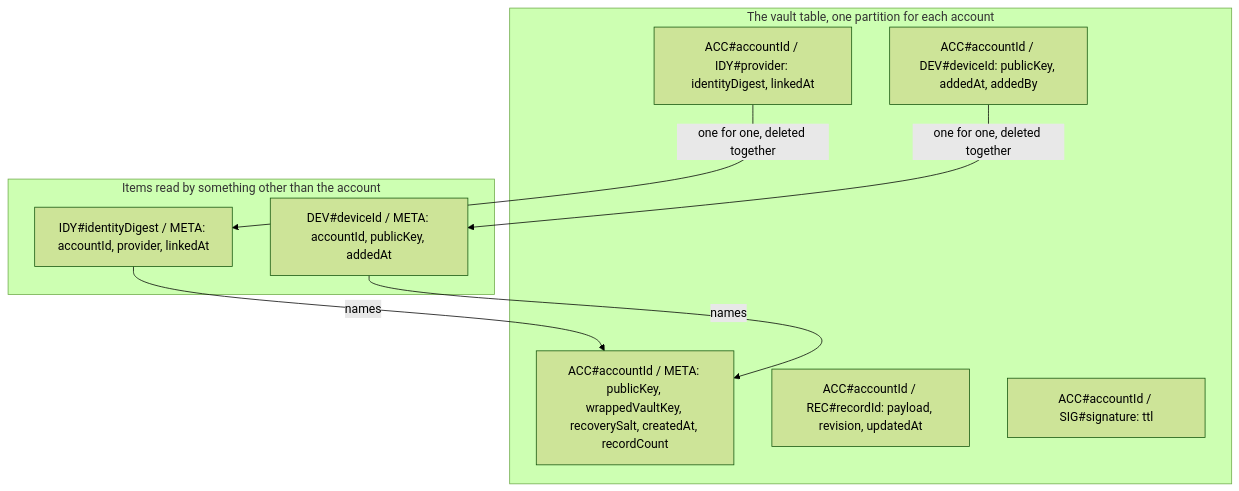
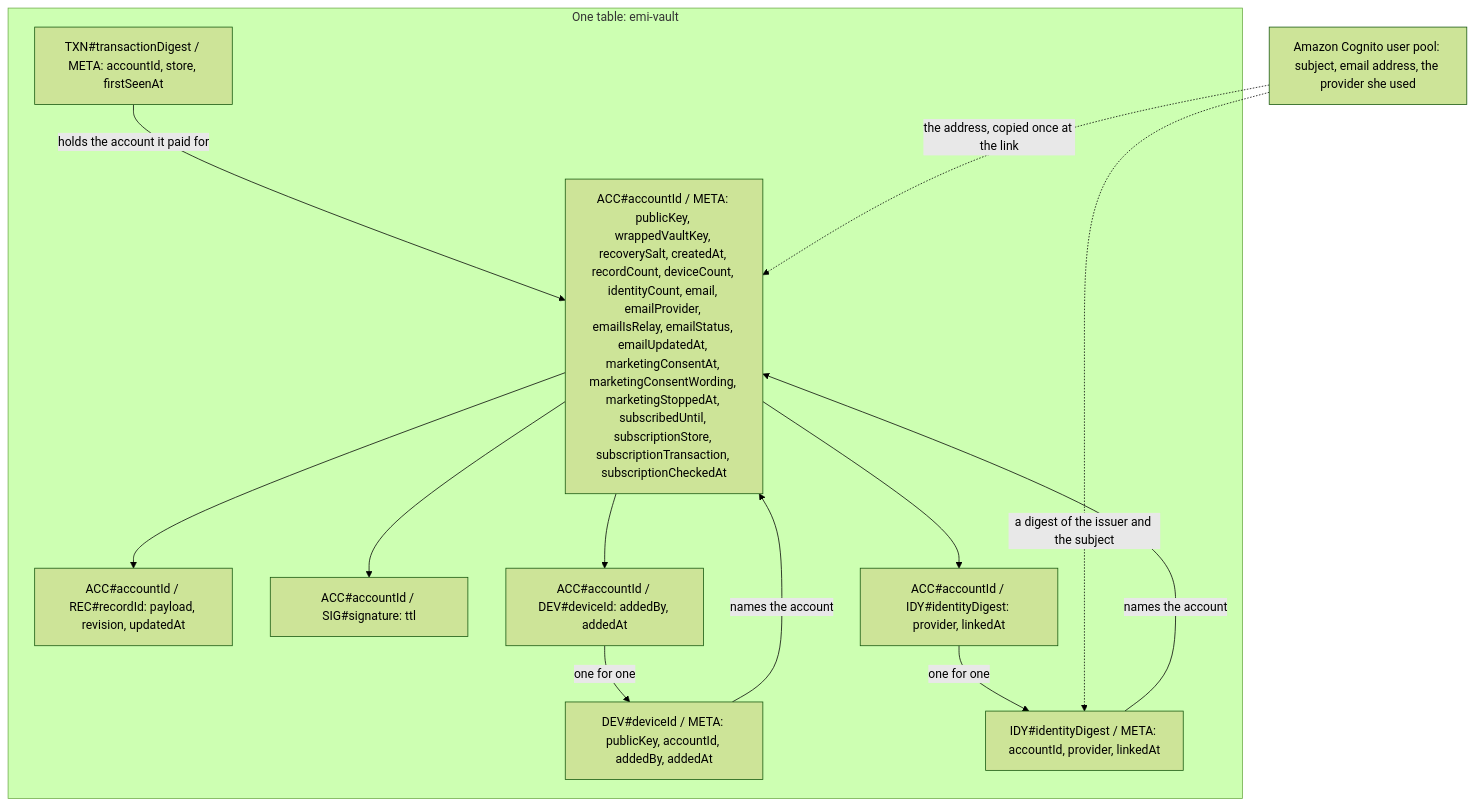
The second of 2 diagrams in docs/design/accounts.md (atlantic-blue/emi), drawn with Mermaid (forest theme) before and after one commit. The commit also changed other lines of this file, not shown here.

Commit message:
EMI: docs: the sign in is Google and Apple, and it opens no day

````diff
--- a/docs/design/accounts.md
+++ b/docs/design/accounts.md
@@ -230,18 +593,25 @@
 ```mermaid
 flowchart TD
-  subgraph Table["The vault table, one partition for each account"]
-    ACC["ACC#accountId / META: publicKey, wrappedVaultKey, recoverySalt, createdAt, recordCount"]
+  subgraph Table["One table: emi-vault"]
+    ACC["ACC#accountId / META: publicKey, wrappedVaultKey, recoverySalt, createdAt, recordCount, deviceCount, identityCount, email, emailProvider, emailIsRelay, emailStatus, emailUpdatedAt, marketingConsentAt, marketingConsentWording, marketingStoppedAt, subscribedUntil, subscriptionStore, subscriptionTransaction, subscriptionCheckedAt"]
     REC["ACC#accountId / REC#recordId: payload, revision, updatedAt"]
     SIG["ACC#accountId / SIG#signature: ttl"]
-    LNK["ACC#accountId / IDY#provider: identityDigest, linkedAt"]
-    DEV["ACC#accountId / DEV#deviceId: publicKey, addedAt, addedBy"]
+    ADEV["ACC#accountId / DEV#deviceId: addedBy, addedAt"]
+    AIDY["ACC#accountId / IDY#identityDigest: provider, linkedAt"]
+    DEV["DEV#deviceId / META: publicKey, accountId, addedBy, addedAt"]
+    IDY["IDY#identityDigest / META: accountId, provider, linkedAt"]
+    TXN["TXN#transactionDigest / META: accountId, store, firstSeenAt"]
   end
-  subgraph Lookup["Items read by something other than the account"]
-    IDY["IDY#identityDigest / META: accountId, provider, linkedAt"]
-    DVL["DEV#deviceId / META: accountId, publicKey, addedAt"]
-  end
-  LNK -->|"one for one, deleted together"| IDY
-  DEV -->|"one for one, deleted together"| DVL
-  IDY -->|"names"| ACC
-  DVL -->|"names"| ACC
+  POOL["Amazon Cognito user pool: subject, email address, the provider she used"]
+  ACC --> REC
+  ACC --> SIG
+  ACC --> ADEV
+  ACC --> AIDY
+  DEV -->|"names the account"| ACC
+  IDY -->|"names the account"| ACC
+  TXN -->|"holds the account it paid for"| ACC
+  ADEV -->|"one for one"| DEV
+  AIDY -->|"one for one"| IDY
+  POOL -.->|"a digest of the issuer and the subject"| IDY
+  POOL -.->|"the address, copied once at the link"| ACC
 ```
````
